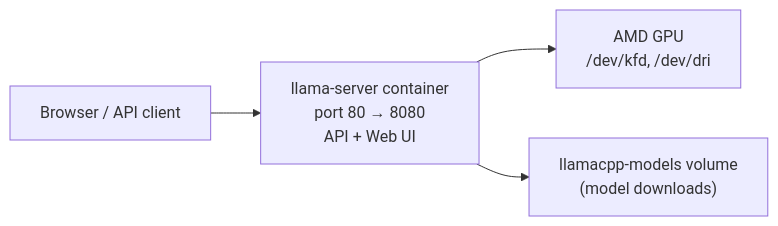
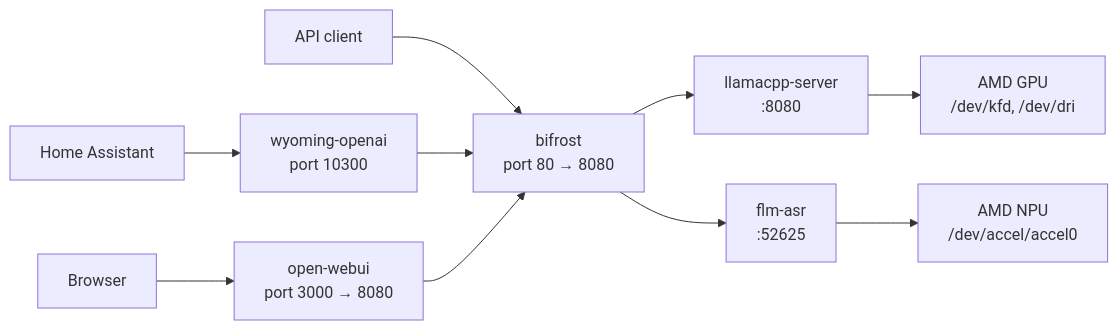
Before and after one commit to edepree/llm: the diagram in README.md, drawn with Mermaid. The commit also changed other lines of this file and 22 other files, not shown here.

Commit message:
stt and architecture overhaul

````diff
--- a/README.md
+++ b/README.md
@@ -67,6 +103,12 @@
 ```mermaid
 flowchart LR
-    CLIENT["Browser / API client"] --> LLAMA["llama-server container\nport 80 → 8080\nAPI + Web UI"]
+    CLIENT["API client"] --> BIFROST["bifrost\nport 80 → 8080"]
+    HA["Home Assistant"] --> WYOMING["wyoming-openai\nport 10300"]
+    WYOMING --> BIFROST
+    BROWSER["Browser"] --> WEBUI["open-webui\nport 3000 → 8080"]
+    WEBUI --> BIFROST
+    BIFROST --> LLAMA["llamacpp-server\n:8080"]
+    BIFROST --> FLM["flm-asr\n:52625"]
     LLAMA --> GPU["AMD GPU\n/dev/kfd, /dev/dri"]
-    LLAMA --> CACHE["llamacpp-models volume\n(model downloads)"]
+    FLM --> NPU["AMD NPU\n/dev/accel/accel0"]
 ```
````
